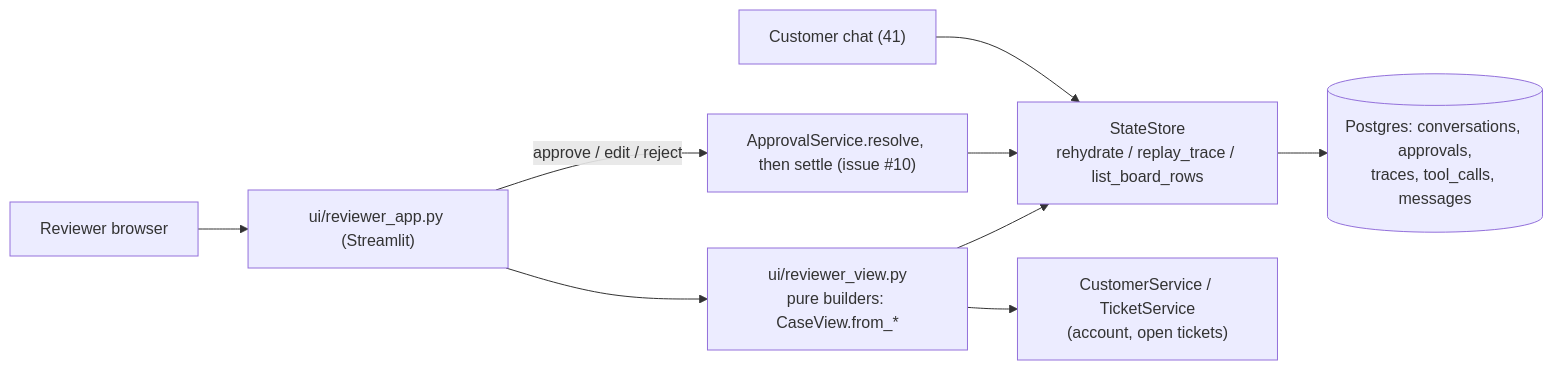
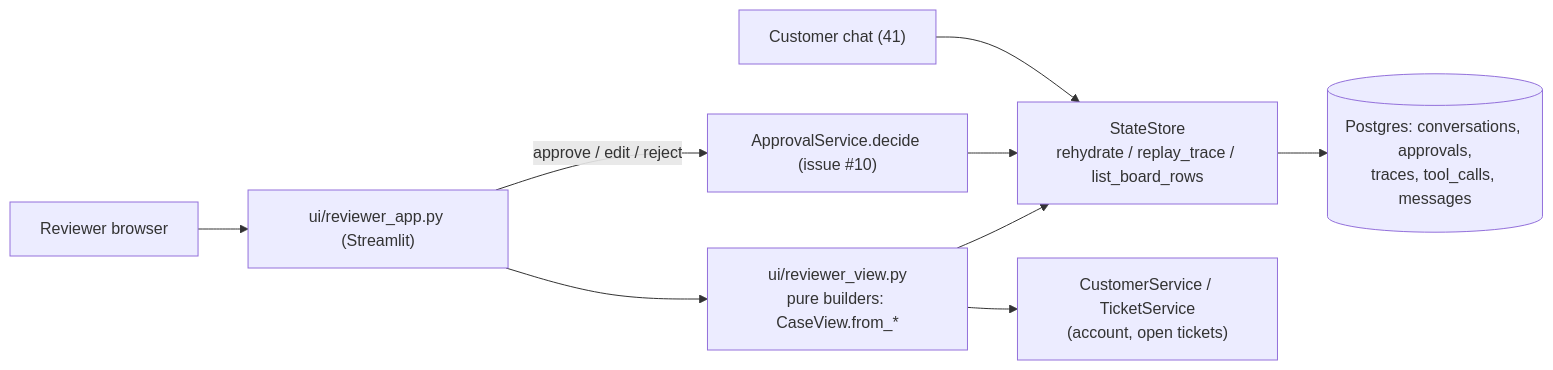
One commit to yaara-manor/cato-networks changed the diagram in docs/plans/42-reviewer_escalation_board_view/design.md. Above: the diagram before and after it, drawn with Mermaid. The commit also changed other lines of this file, not shown here.

Commit message:
docs(plans): 42 use ApprovalService.decide, ui/trace_panel.py, oncall_paged only

````diff
--- a/docs/plans/42-reviewer_escalation_board_view/design.md
+++ b/docs/plans/42-reviewer_escalation_board_view/design.md
@@ -22,11 +22,11 @@
 ```mermaid
 flowchart LR
     Rev["Reviewer browser"] --> App["ui/reviewer_app.py (Streamlit)"]
     App --> View["ui/reviewer_view.py\npure builders: CaseView.from_*"]
     View --> SS["StateStore\nrehydrate / replay_trace / list_board_rows"]
     View --> Svc["CustomerService / TicketService\n(account, open tickets)"]
-    App -- "approve / edit / reject" --> Life["ApprovalService.resolve, then settle (issue #10)"]
+    App -- "approve / edit / reject" --> Life["ApprovalService.decide (issue #10)"]
     Life --> SS
     SS --> PG[("Postgres: conversations, approvals,\ntraces, tool_calls, messages")]
     Cust["Customer chat (41)"] --> SS
 ```
````
